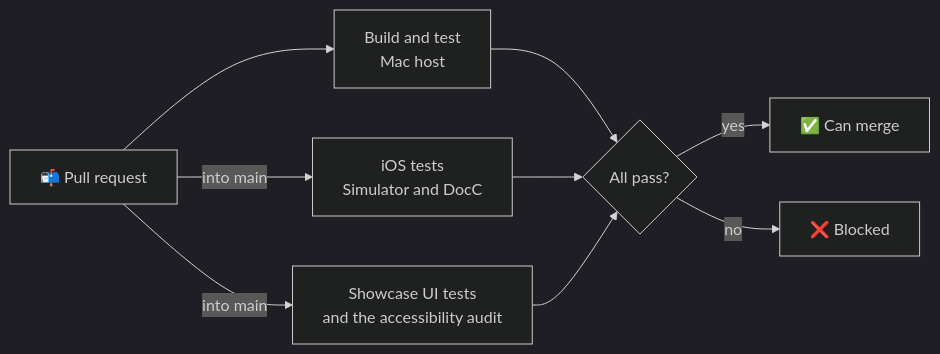
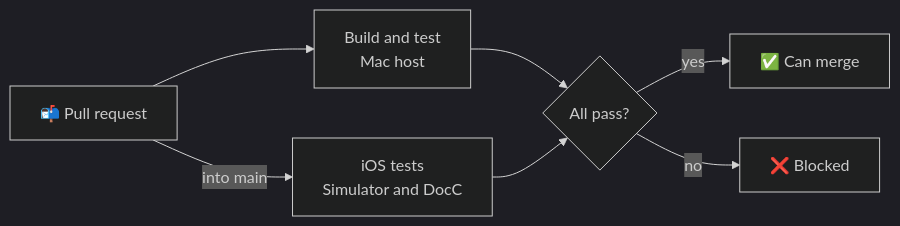
The diagram in docs/quality.md (qeetgroup/qeetrix-ios), drawn with Mermaid (dark theme) before and after one commit. The commit also changed other lines of this file and 5 other files, not shown here.

First line of the commit message:
CI: run the showcase's UI tests in Xcode, not in CI

````diff
--- a/docs/quality.md
+++ b/docs/quality.md
@@ -8,11 +8,9 @@
 ```mermaid
 flowchart LR
     P["📬 Pull request"] --> C["Build and test<br/>Mac host"]
     P -->|"into main"| D["iOS tests<br/>Simulator and DocC"]
-    P -->|"into main"| U["Showcase UI tests<br/>and the accessibility audit"]
     C --> G{"All pass?"}
     D --> G
-    U --> G
     G -->|"yes"| OK["✅ Can merge"]
     G -->|"no"| NO["❌ Blocked"]
 ```
````
